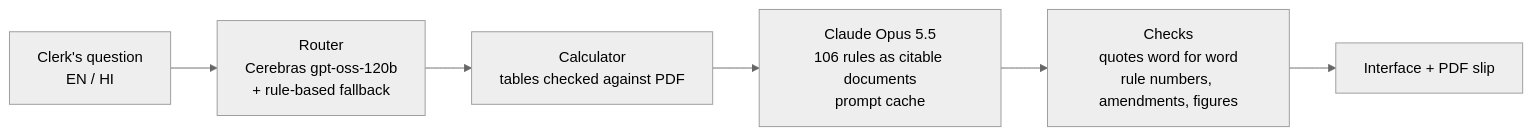
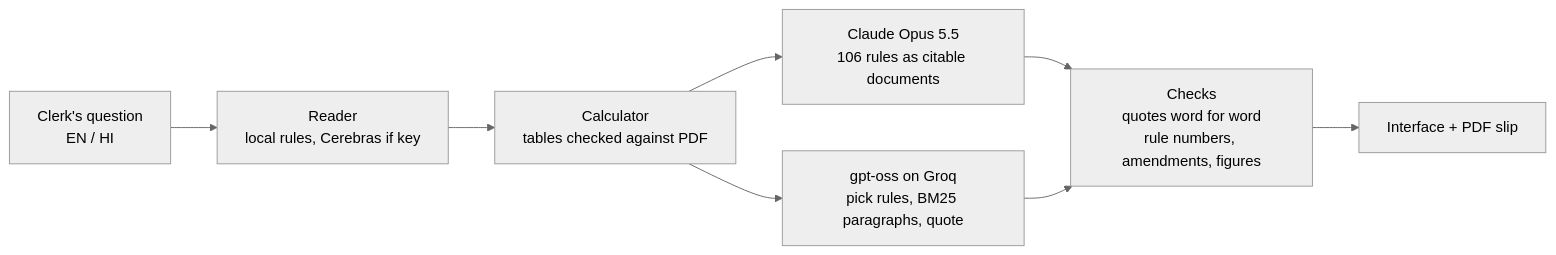
Before and after one commit to Priyanshu12116/KSHITI: the diagram in README.md, drawn with Mermaid (neutral theme). The commit also changed other lines of this file and 19 other files, not shown here.

First line of the commit message:
Live answers on Groq (gpt-oss), honest engine labels, slower visible opening, live eval

````diff
--- a/README.md
+++ b/README.md
@@ -93,8 +107,10 @@
 ```mermaid
 flowchart LR
-  Q[Clerk's question<br/>EN / HI] --> R[Router<br/>Cerebras gpt-oss-120b<br/>+ rule-based fallback]
+  Q[Clerk's question<br/>EN / HI] --> R[Reader<br/>local rules, Cerebras if key]
   R --> C[Calculator<br/>tables checked against PDF]
-  C --> L[Claude Opus 5.5<br/>106 rules as citable documents<br/>prompt cache]
-  L --> V[Checks<br/>quotes word for word<br/>rule numbers, amendments, figures]
+  C --> L1[Claude Opus 5.5<br/>106 rules as citable documents]
+  C --> L2[gpt-oss on Groq<br/>pick rules, BM25 paragraphs, quote]
+  L1 --> V[Checks<br/>quotes word for word<br/>rule numbers, amendments, figures]
+  L2 --> V
   V --> U[Interface + PDF slip]
 ```
````
